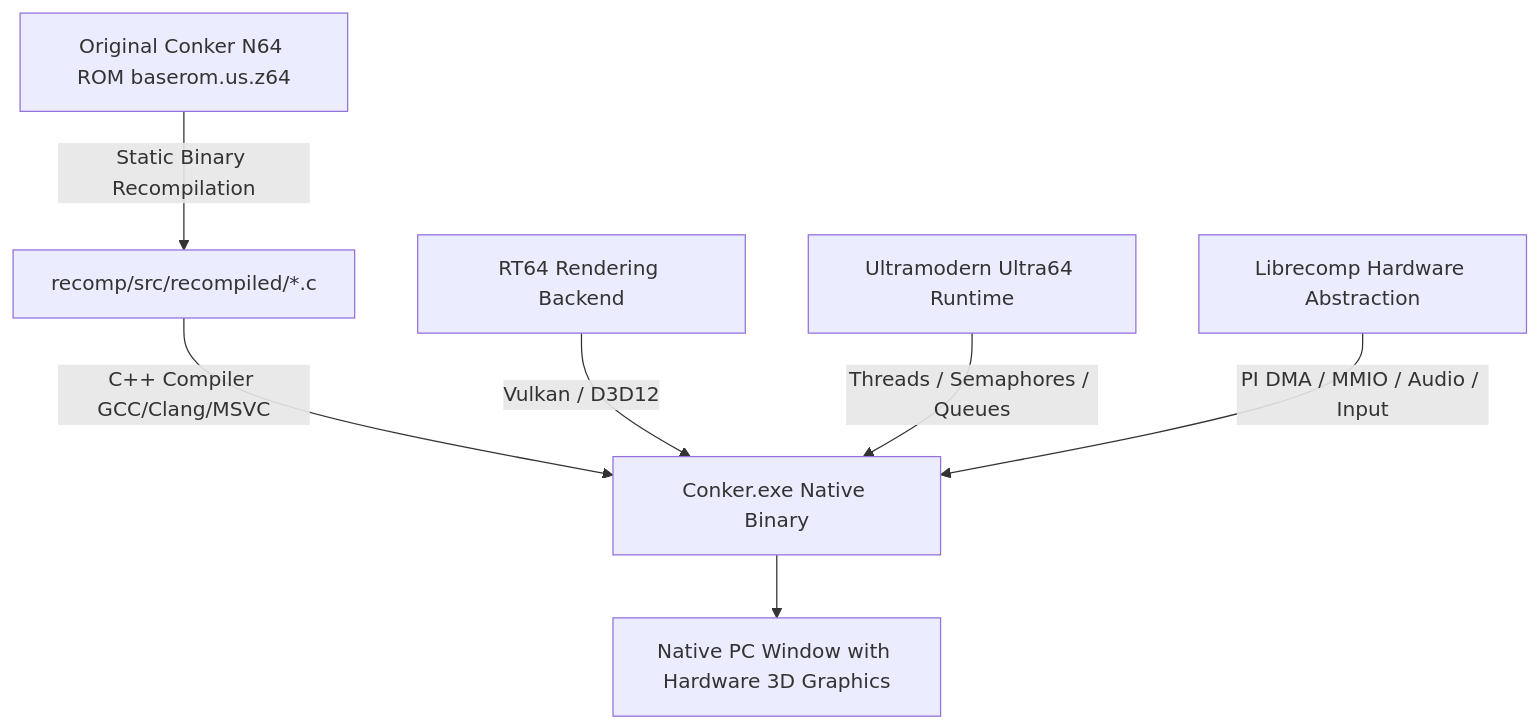
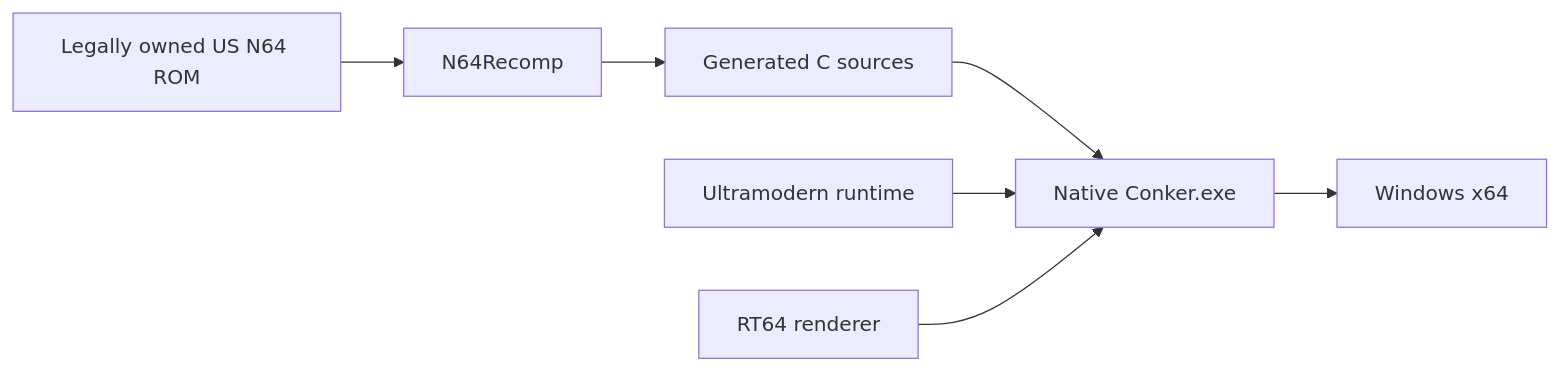
Before and after one commit to codepdbh/conker-bad-fur-day-pc: the diagram in README.md, drawn with Mermaid. The commit also changed other lines of this file and 16 other files, not shown here.

````diff
--- a/README.md
+++ b/README.md
@@ -56,9 +60,9 @@
 ```mermaid
-graph TD
-    A[Original Conker N64 ROM baserom.us.z64] -->|Static Binary Recompilation| B[recomp/src/recompiled/*.c]
-    B -->|C++ Compiler GCC/Clang/MSVC| C[Conker.exe Native Binary]
-    D[RT64 Rendering Backend] -->|Vulkan / D3D12| C
-    E[Ultramodern Ultra64 Runtime] -->|Threads / Semaphores / Queues| C
-    F[Librecomp Hardware Abstraction] -->|PI DMA / MMIO / Audio / Input| C
-    C --> G[Native PC Window with Hardware 3D Graphics]
+flowchart LR
+    ROM[Legally owned US N64 ROM] --> RECOMP[N64Recomp]
+    RECOMP --> C[Generated C sources]
+    C --> EXE[Native Conker.exe]
+    U[Ultramodern runtime] --> EXE
+    R[RT64 renderer] --> EXE
+    EXE --> W[Windows x64]
 ```
````
